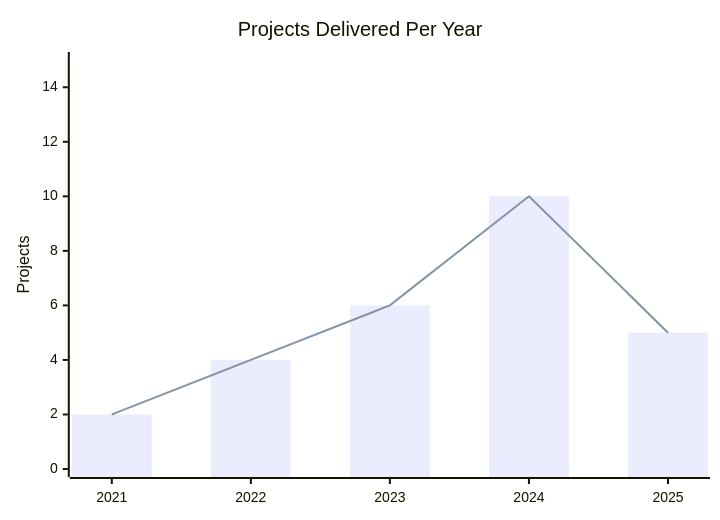
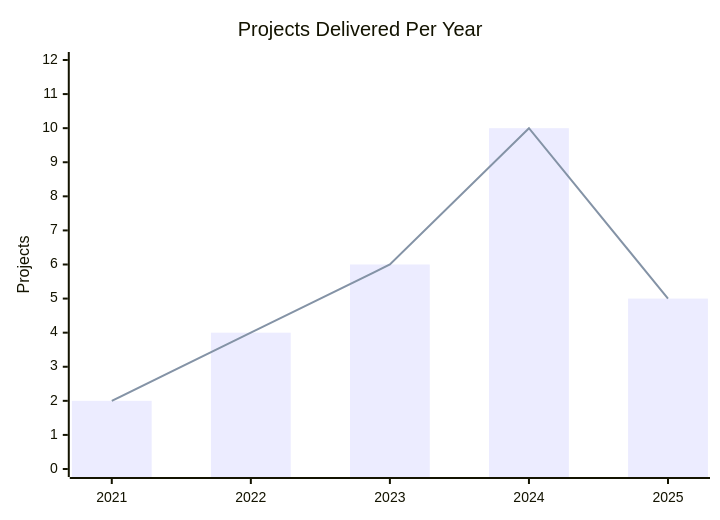
The ninth of 10 diagrams in README.md (Hamza-Kahloon786/Hamza-Kahloon786), drawn with Mermaid before and after one commit. The commit also changed other lines of this file, not shown here.

````diff
--- a/README.md
+++ b/README.md
@@ -300,8 +309,8 @@
 ```mermaid
 xychart-beta
     title "Projects Delivered Per Year"
     x-axis [2021, 2022, 2023, 2024, 2025]
-    y-axis "Projects" 0 --> 15
+    y-axis "Projects" 0 --> 12
     bar [2, 4, 6, 10, 5]
     line [2, 4, 6, 10, 5]
 ```
````
